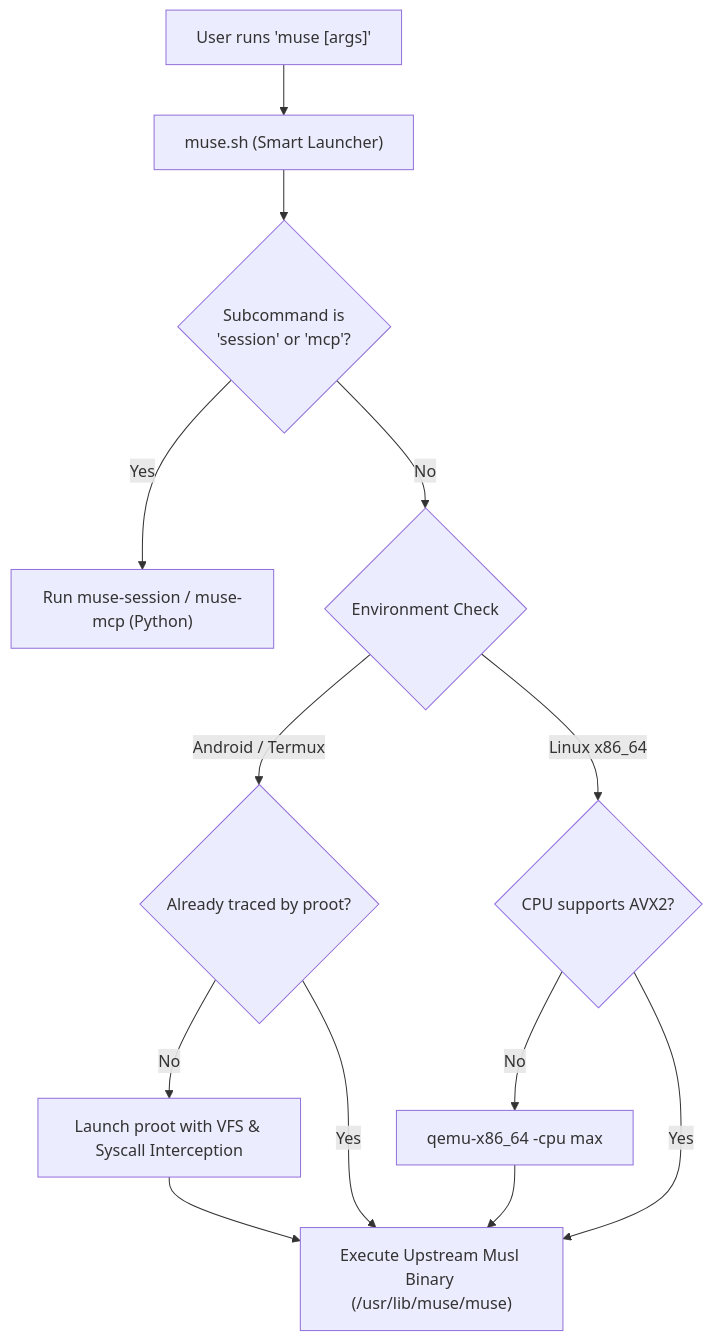
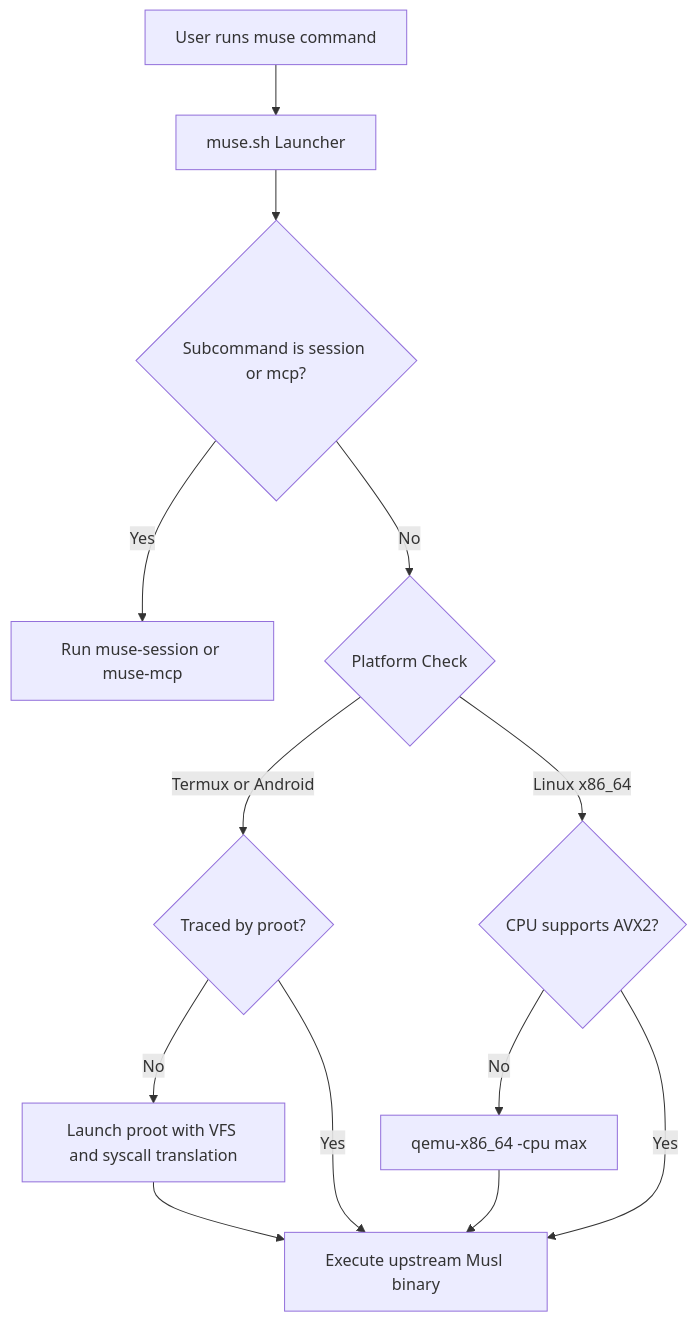
One commit to Twilight0/muse-code changed the diagram in README.md. Above: the diagram before and after it, drawn with Mermaid.

Commit message:
Fix Mermaid diagram syntax in README.md

````diff
--- a/README.md
+++ b/README.md
@@ -229,19 +229,18 @@
 ```mermaid
-flowchart TD
-    CLI["User runs 'muse [args]'"] --> SCRIPT["muse.sh (Smart Launcher)"]
+graph TD
+    CLI["User runs muse command"] --> SCRIPT["muse.sh Launcher"]
     
-    SCRIPT --> CHECK_HELPER{"Subcommand is<br>'session' or 'mcp'?"}
-    CHECK_HELPER -- Yes --> HELPER["Run muse-session / muse-mcp (Python)"]
+    SCRIPT --> CHECK_HELPER{"Subcommand is session or mcp?"}
+    CHECK_HELPER -->|Yes| HELPER["Run muse-session or muse-mcp"]
+    CHECK_HELPER -->|No| CHECK_ENV{"Platform Check"}
     
-    CHECK_HELPER -- No --> CHECK_ENV{"Environment Check"}
+    CHECK_ENV -->|Termux or Android| TERMUX{"Traced by proot?"}
+    TERMUX -->|No| PROOT["Launch proot with VFS and syscall translation"]
+    PROOT --> REAL_BIN["Execute upstream Musl binary"]
+    TERMUX -->|Yes| REAL_BIN
     
-    CHECK_ENV -- Android / Termux --> TERMUX{"Already traced by proot?"}
-    TERMUX -- No --> PROOT["Launch proot with VFS & Syscall Interception"]
-    PROOT --> REAL_BIN["Execute Upstream Musl Binary (/usr/lib/muse/muse)"]
-    TERMUX -- Yes --> REAL_BIN
-    
-    CHECK_ENV -- Linux x86_64 --> AVX2{"CPU supports AVX2?"}
-    AVX2 -- No --> QEMU["qemu-x86_64 -cpu max"]
+    CHECK_ENV -->|Linux x86_64| AVX2{"CPU supports AVX2?"}
+    AVX2 -->|No| QEMU["qemu-x86_64 -cpu max"]
     QEMU --> REAL_BIN
-    AVX2 -- Yes --> REAL_BIN
+    AVX2 -->|Yes| REAL_BIN
 ```
````
